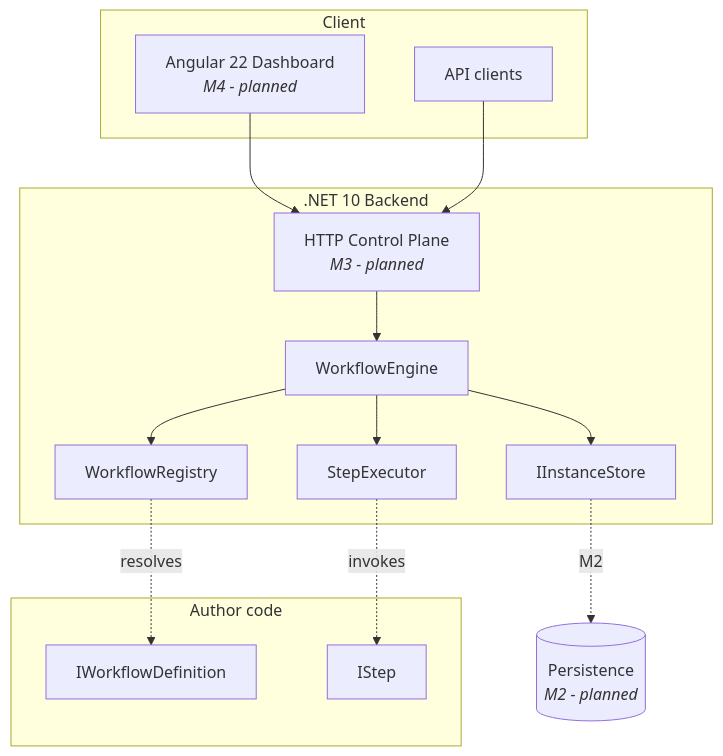
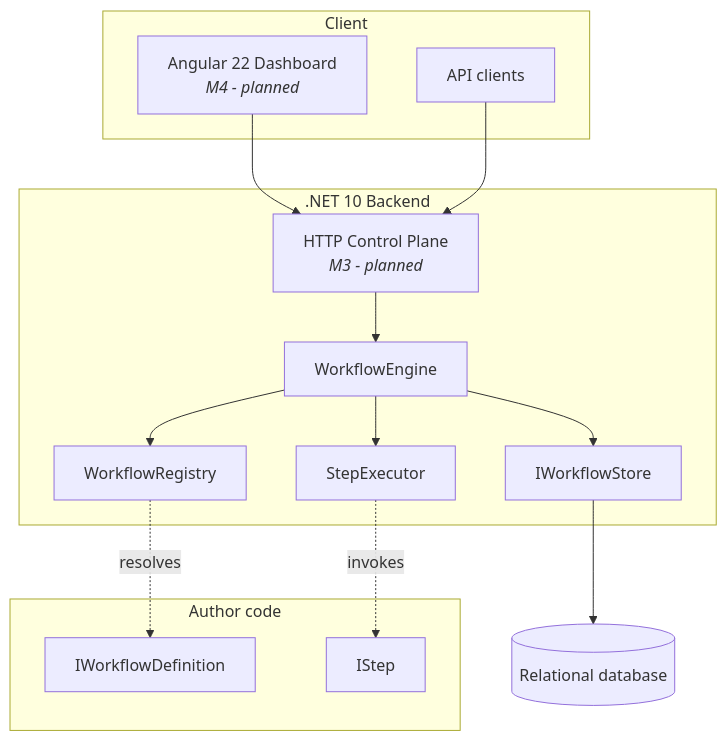
The first of 4 diagrams in docs/architecture.md (inferenceailab/FlowDeck), drawn with Mermaid before and after one commit. The commit also changed other lines of this file and 5 other files, not shown here.

First line of the commit message:
docs: persistence architecture, provider guide and M2 status (#60) (#81)

````diff
--- a/docs/architecture.md
+++ b/docs/architecture.md
@@ -10,32 +10,32 @@
 ```mermaid
 graph TB
     subgraph client["Client"]
         UI["Angular 22 Dashboard<br/><i>M4 - planned</i>"]
         API_CLIENT["API clients"]
     end
 
     subgraph backend[".NET 10 Backend"]
         API["HTTP Control Plane<br/><i>M3 - planned</i>"]
         ENGINE["WorkflowEngine"]
         REGISTRY["WorkflowRegistry"]
         EXECUTOR["StepExecutor"]
-        STORE["IInstanceStore"]
+        STORE["IWorkflowStore"]
     end
 
     subgraph author["Author code"]
         DEFS["IWorkflowDefinition"]
         STEPS["IStep"]
     end
 
-    DB[("Persistence<br/><i>M2 - planned</i>")]
+    DB[("Relational database")]
 
     UI --> API
     API_CLIENT --> API
     API --> ENGINE
     ENGINE --> REGISTRY
     ENGINE --> EXECUTOR
     ENGINE --> STORE
     REGISTRY -.resolves.-> DEFS
     EXECUTOR -.invokes.-> STEPS
-    STORE -.->|M2| DB
+    STORE --> DB
 ```
````
